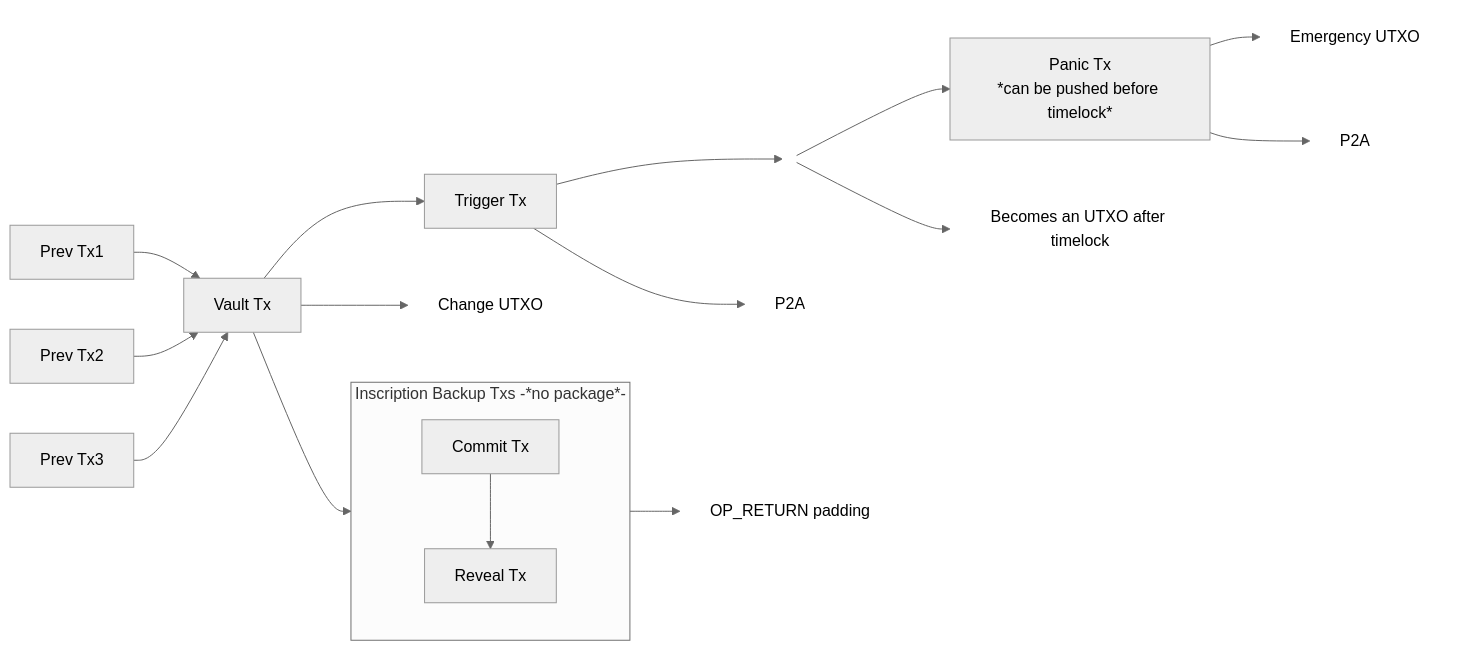
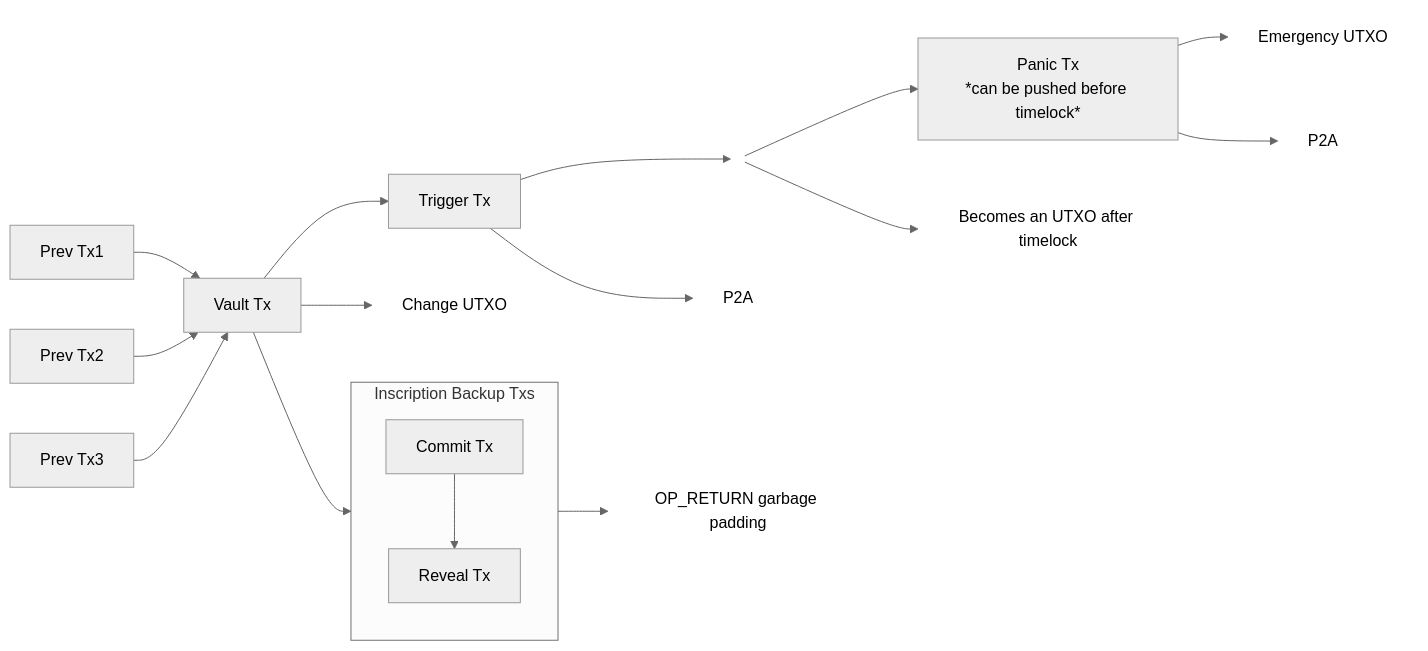
The second of 2 diagrams in descriptors/rewind2/README.md (bitcoinerlab/playground), drawn with Mermaid (neutral theme) before and after one commit.

Commit message:
docs: adjust inscription

````diff
--- a/descriptors/rewind2/README.md
+++ b/descriptors/rewind2/README.md
@@ -172,53 +172,53 @@
 ```mermaid
 flowchart LR
     U1[Prev Tx1]
     U2[Prev Tx2]
     U3[Prev Tx3]
 
     V[Vault Tx]
-    subgraph BackupTxs[Inscription Backup Txs -*no package*-]
+    subgraph BackupTxs[Inscription Backup Txs]
         direction TB
         Cmt[Commit Tx]
         Rev[Reveal Tx]
     end
 
     T[Trigger Tx]
     C[Change UTXO]
 
     %% Fork node
     F(( ))
     style F fill:transparent,stroke:transparent
 
     %% UTXO N as borderless box
     UTXON[Becomes an UTXO after timelock]
     style UTXON fill:transparent,stroke:transparent
 
     %% Inputs
     U1 --> V
     U2 --> V
     U3 --> V
 
     %% Vault outputs
     V --> Cmt
     Cmt --> Rev
-    Rev --> O_R[OP_RETURN padding]
+    Rev --> O_R[OP_RETURN garbage padding]
     style O_R fill:transparent,stroke:transparent
     V --> T
     V --> C
     style C fill:transparent,stroke:transparent
 
     %% Trigger Tx outputs
     T --> F
     T --> A_T[P2A]
     style A_T fill:transparent,stroke:transparent
 
     %% Forked outputs
     F --> P[Panic Tx<br/>*can be pushed before timelock*]
     F --> UTXON
 
     %% Panic Tx outputs
     P --> E[Emergency UTXO]
     style E fill:transparent,stroke:transparent
     P --> A_P[P2A]
     style A_P fill:transparent,stroke:transparent
 ```
````
